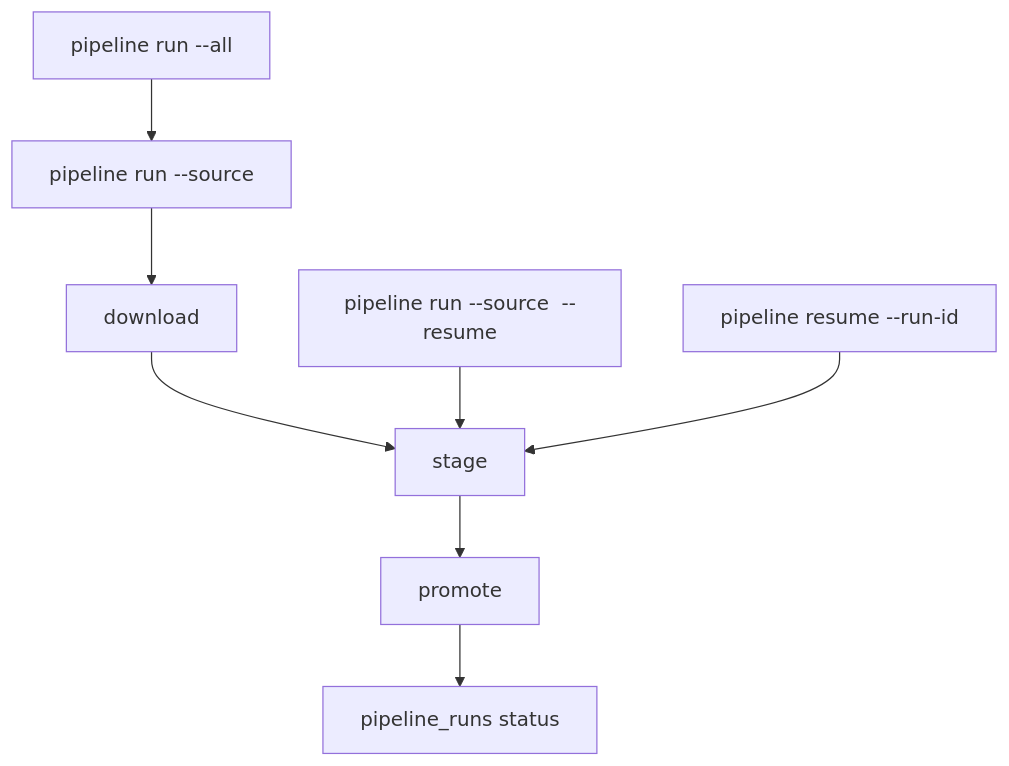
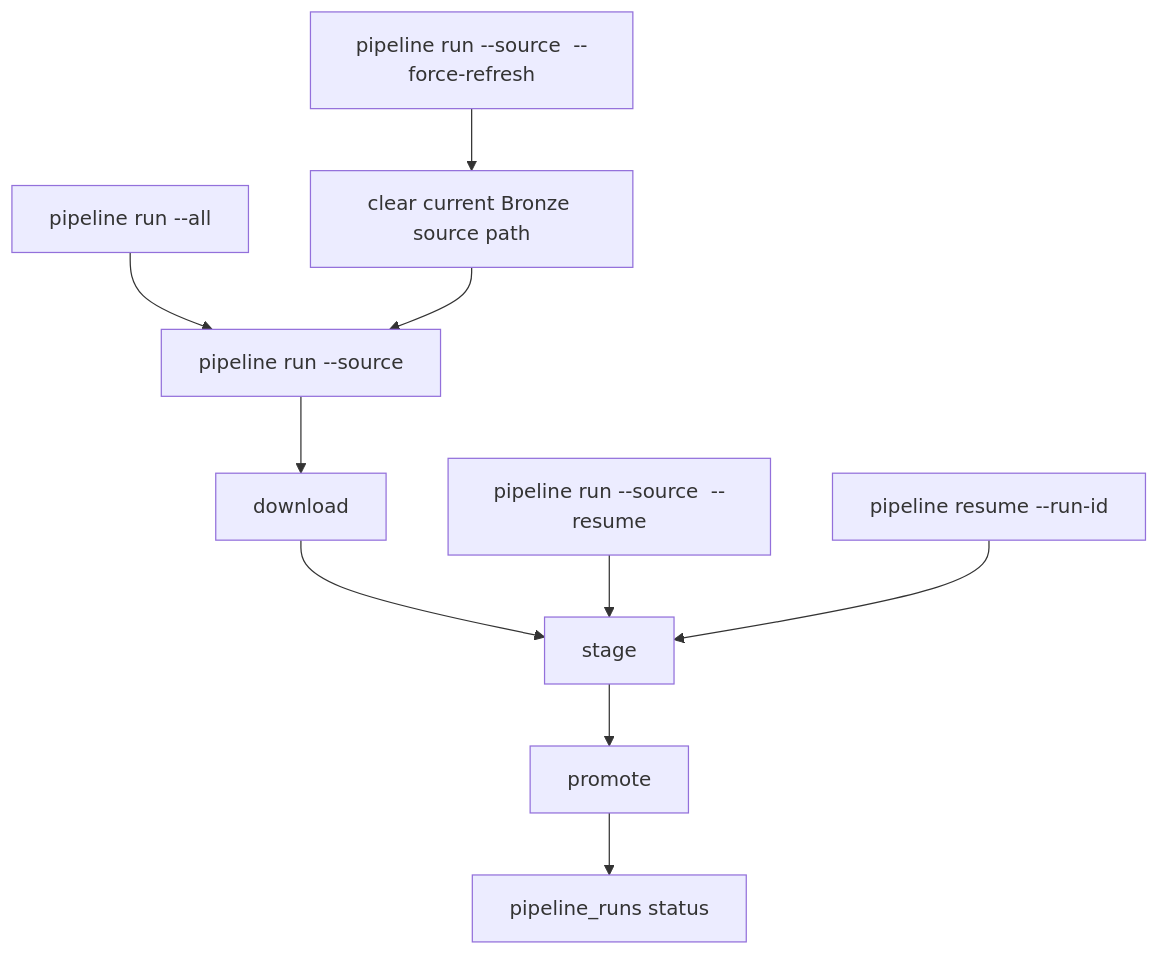
One commit to tomloraso/grokcivitas3 changed the second of 2 diagrams in docs/runbooks/pipelines.md. Above: the diagram before and after it, drawn with Mermaid. The commit also changed other lines of this file and 7 other files, not shown here.

Commit message:
Harden pipeline bronze root handling

````diff
--- a/docs/runbooks/pipelines.md
+++ b/docs/runbooks/pipelines.md
@@ -79,10 +80,12 @@
 ```mermaid
 flowchart TD
   A[pipeline run --source <name>] --> B[download]
   B --> C[stage]
   C --> D[promote]
   D --> E[pipeline_runs status]
   F[pipeline run --all] --> A
+  I[pipeline run --source <name> --force-refresh] --> J[clear current Bronze source path]
+  J --> A
   G[pipeline run --source <name> --resume] --> C
   H[pipeline resume --run-id <id>] --> C
 ```
````
